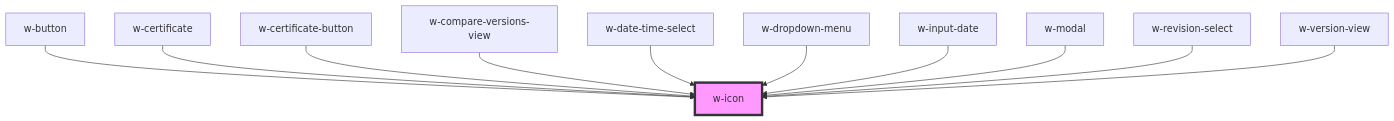
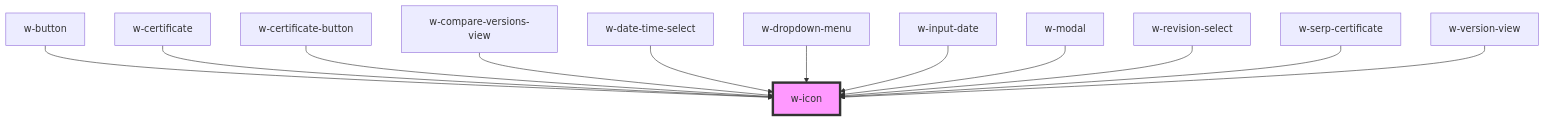
One commit to wordproof/ui changed the diagram in src/components/w-icon/readme.md. Above: the diagram before and after it, drawn with Mermaid. The commit also changed other lines of this file and 2 other files, not shown here.

Commit message:
auto generate components docs

````diff
--- a/src/components/w-icon/readme.md
+++ b/src/components/w-icon/readme.md
@@ -32,14 +33,15 @@
 ```mermaid
 graph TD;
   w-button --> w-icon
   w-certificate --> w-icon
   w-certificate-button --> w-icon
   w-compare-versions-view --> w-icon
   w-date-time-select --> w-icon
   w-dropdown-menu --> w-icon
   w-input-date --> w-icon
   w-modal --> w-icon
   w-revision-select --> w-icon
+  w-serp-certificate --> w-icon
   w-version-view --> w-icon
   style w-icon fill:#f9f,stroke:#333,stroke-width:4px
 ```
````
